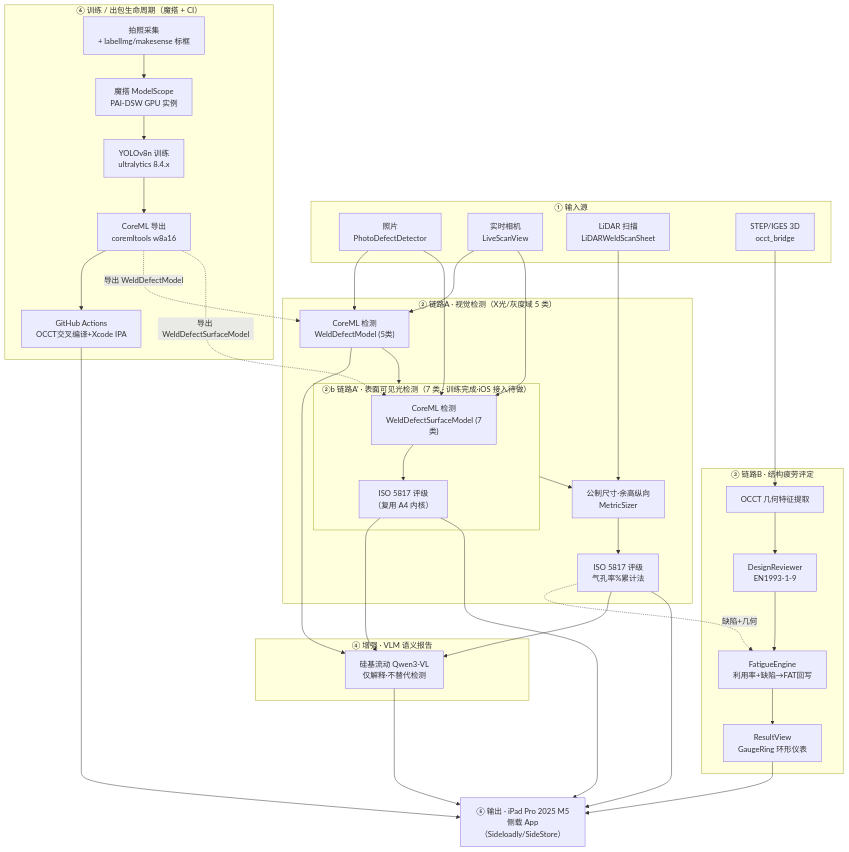
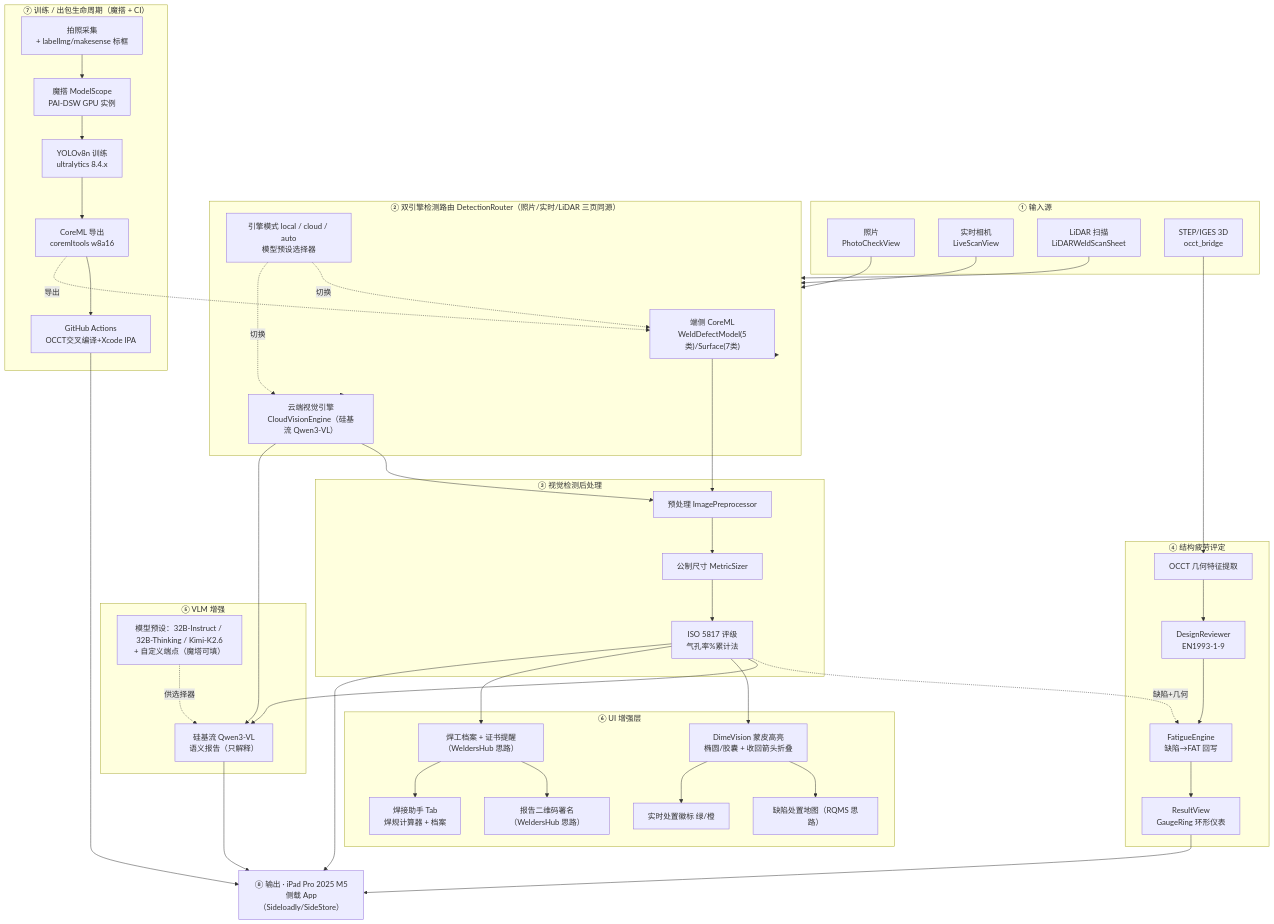
Before and after one commit to haoinkel/weld-fatigue-checker: the diagram in 焊缝缺陷识别及判定_方法论与开发手册.md, drawn with Mermaid. The commit also changed other lines of this file, not shown here.

Commit message:
docs(manual): v3.2 总结 10-06→10-11 云端视觉双引擎+RQMS/WeldersHub 借鉴，重画流程图与各章节同步

````diff
--- a/焊缝缺陷识别及判定_方法论与开发手册.md
+++ b/焊缝缺陷识别及判定_方法论与开发手册.md
@@ -13,59 +13,81 @@
 ```mermaid
 flowchart TB
     subgraph IN["① 输入源"]
-        P["照片<br/>PhotoDefectDetector"]
+        P["照片<br/>PhotoCheckView"]
         R["实时相机<br/>LiveScanView"]
         L["LiDAR 扫描<br/>LiDARWeldScanSheet"]
         S["STEP/IGES 3D<br/>occt_bridge"]
     end
-    subgraph A["② 链路A · 视觉检测（X光/灰度域 5 类）"]
-        A1["CoreML 检测<br/>WeldDefectModel (5类)"]
-        A2["预处理 CLAHE<br/>ImagePreprocessor"]
-        A3["公制尺寸·余高纵向<br/>MetricSizer"]
-        A4["ISO 5817 评级<br/>气孔率%累计法"]
+
+    subgraph ENG["② 双引擎检测路由 DetectionRouter（照片/实时/LiDAR 三页同源）"]
+        LOCAL["端侧 CoreML<br/>WeldDefectModel(5类)/Surface(7类)"]
+        CLOUD["云端视觉引擎<br/>CloudVisionEngine（硅基流 Qwen3-VL）"]
+        MODE["引擎模式 local / cloud / auto<br/>模型预设选择器"]
     end
-    subgraph A2["②b 链路A' · 表面可见光检测（7 类 · 训练完成·iOS 接入待做）"]
-        SA1["CoreML 检测<br/>WeldDefectSurfaceModel (7类)"]
-        SA2["ISO 5817 评级<br/>（复用 A4 内核）"]
+
+    subgraph A["③ 视觉检测后处理"]
+        A1["预处理 ImagePreprocessor"]
+        A2["公制尺寸 MetricSizer"]
+        A3["ISO 5817 评级<br/>气孔率%累计法"]
     end
-    subgraph B["③ 链路B · 结构疲劳评定"]
+
+    subgraph B["④ 结构疲劳评定"]
         B1["OCCT 几何特征提取"]
         B2["DesignReviewer<br/>EN1993-1-9"]
-        B3["FatigueEngine<br/>利用率+缺陷→FAT回写"]
+        B3["FatigueEngine<br/>缺陷→FAT 回写"]
         B4["ResultView<br/>GaugeRing 环形仪表"]
     end
-    subgraph C["④ 增强 · VLM 语义报告"]
-        V["硅基流动 Qwen3-VL<br/>仅解释·不替代检测"]
+
+    subgraph C["⑤ VLM 增强"]
+        V["硅基流 Qwen3-VL<br/>语义报告（只解释）"]
+        VSEL["模型预设：32B-Instruct / 32B-Thinking / Kimi-K2.6<br/>+ 自定义端点（魔塔可填）"]
     end
-    OUT["⑤ 输出 · iPad Pro 2025 M5<br/>侧载 App（Sideloadly/SideStore）"]
 
-    subgraph T["⑥ 训练 / 出包生命周期（魔搭 + CI）"]
+    subgraph UI["⑥ UI 增强层"]
+        SKIN["DimeVision 蒙皮高亮<br/>椭圆/胶囊 + 收回箭头折叠"]
+        DISP["缺陷处置地图（RQMS 思路）"]
+        BADGE["实时处置徽标 绿/橙"]
+        WELD["焊工档案 + 证书提醒（WeldersHub 思路）"]
+        QR["报告二维码署名（WeldersHub 思路）"]
+        ASST["焊接助手 Tab<br/>焊规计算器 + 档案"]
+    end
+
+    subgraph T["⑦ 训练 / 出包生命周期（魔搭 + CI）"]
         T0["拍照采集<br/>+ labelImg/makesense 标框"]
         T1["魔搭 ModelScope<br/>PAI-DSW GPU 实例"]
         T2["YOLOv8n 训练<br/>ultralytics 8.4.x"]
         T3["CoreML 导出<br/>coremltools w8a16"]
         T4["GitHub Actions<br/>OCCT交叉编译+Xcode IPA"]
         T0 --> T1 --> T2 --> T3 --> T4
     end
 
-    P --> A1
-    R --> A1
-    L --> A3
+    OUT["⑧ 输出 · iPad Pro 2025 M5<br/>侧载 App（Sideloadly/SideStore）"]
+
+    P --> ENG
+    R --> ENG
+    L --> ENG
     S --> B1
-    A1 --> A2 --> A3 --> A4
-    P --> SA1
-    R --> SA1
-    SA1 --> SA2
+    ENG --> LOCAL
+    ENG --> CLOUD
+    MODE -.切换.-> LOCAL
+    MODE -.切换.-> CLOUD
+    LOCAL --> A1
+    CLOUD --> A1
+    A1 --> A2 --> A3
     B1 --> B2 --> B3 --> B4
-    A4 -.缺陷+几何.-> B3
-    A4 --> V
-    A1 --> V
-    SA2 --> V
-    T3 -.导出 WeldDefectModel.-> A1
-    T3 -.导出 WeldDefectSurfaceModel.-> SA1
+    A3 -.缺陷+几何.-> B3
+    A3 --> V
+    CLOUD --> V
+    VSEL -.供选择器.-> V
+    A3 --> SKIN
+    SKIN --> DISP
+    SKIN --> BADGE
+    A3 --> WELD
+    WELD --> QR
+    WELD --> ASST
+    T3 -.导出.-> LOCAL
     T4 --> OUT
     V --> OUT
-    A4 --> OUT
+    A3 --> OUT
     B4 --> OUT
-    SA2 --> OUT
 ```
````
